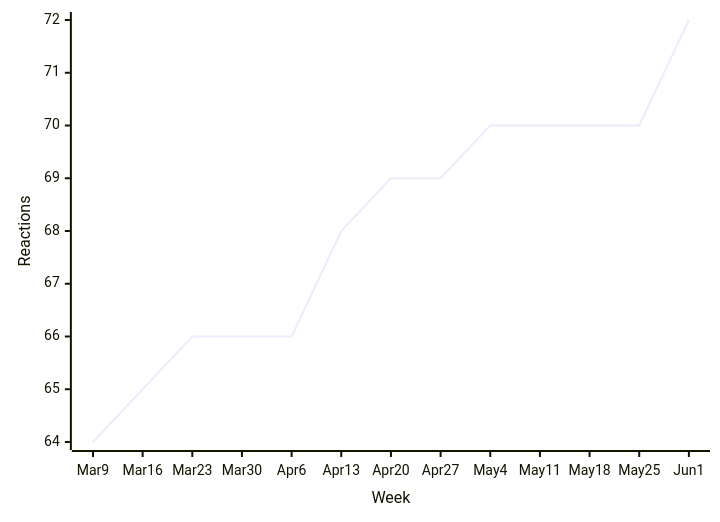
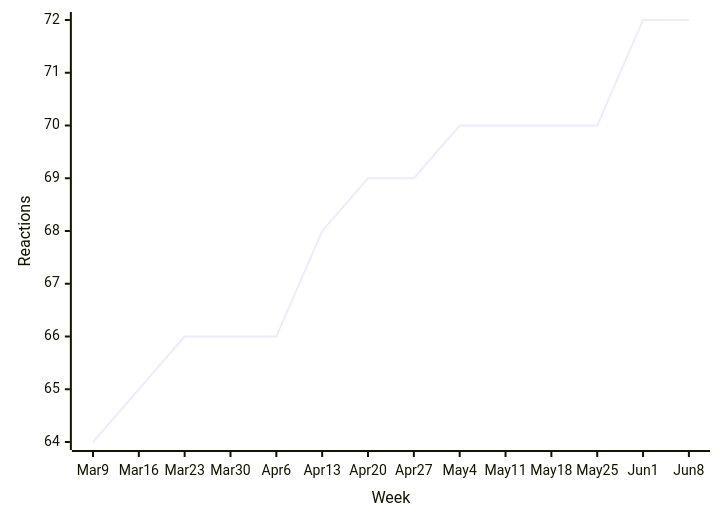
One commit to loic-sharma/github-insights changed diagram 13 of 44 in README.md. Above: the diagram before and after it, drawn with Mermaid. The commit also changed other lines of this file and 3 other files, not shown here.

````diff
--- a/README.md
+++ b/README.md
@@ -543,6 +543,6 @@
   ```mermaid
   xychart-beta
-    x-axis "Week" [Mar 9, Mar 16, Mar 23, Mar 30, Apr 6, Apr 13, Apr 20, Apr 27, May 4, May 11, May 18, May 25, Jun 1]
+    x-axis "Week" [Mar 9, Mar 16, Mar 23, Mar 30, Apr 6, Apr 13, Apr 20, Apr 27, May 4, May 11, May 18, May 25, Jun 1, Jun 8]
     y-axis "Reactions"
-    line [64, 65, 66, 66, 66, 68, 69, 69, 70, 70, 70, 70, 72]
+    line [64, 65, 66, 66, 66, 68, 69, 69, 70, 70, 70, 70, 72, 72]
   ```
````
